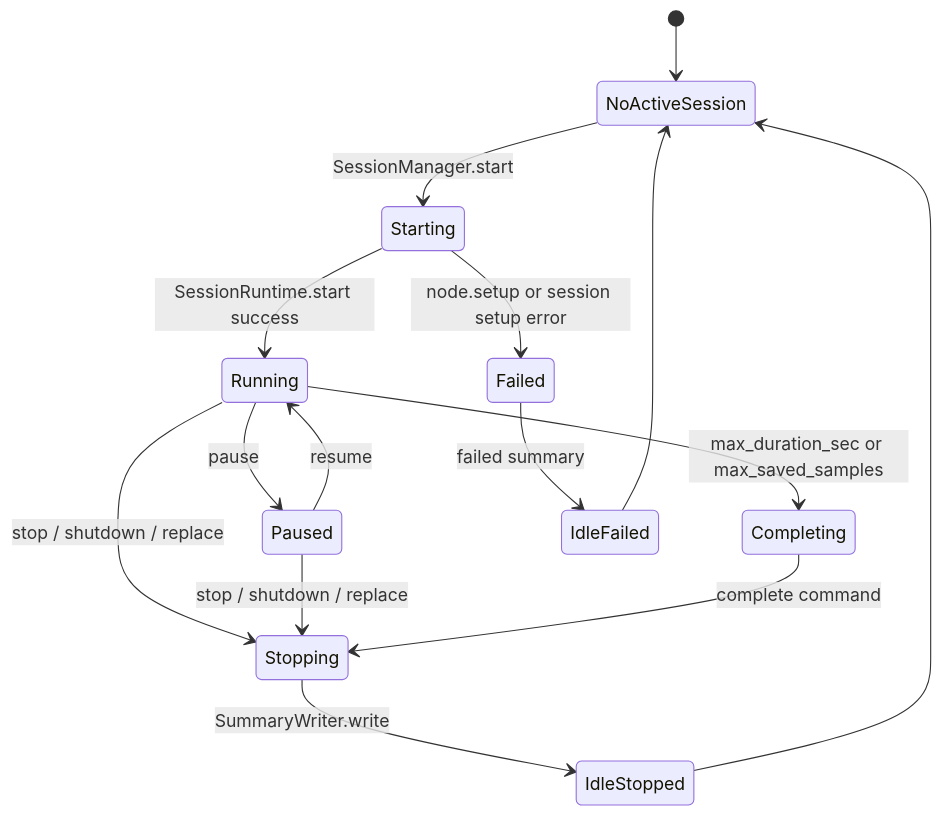
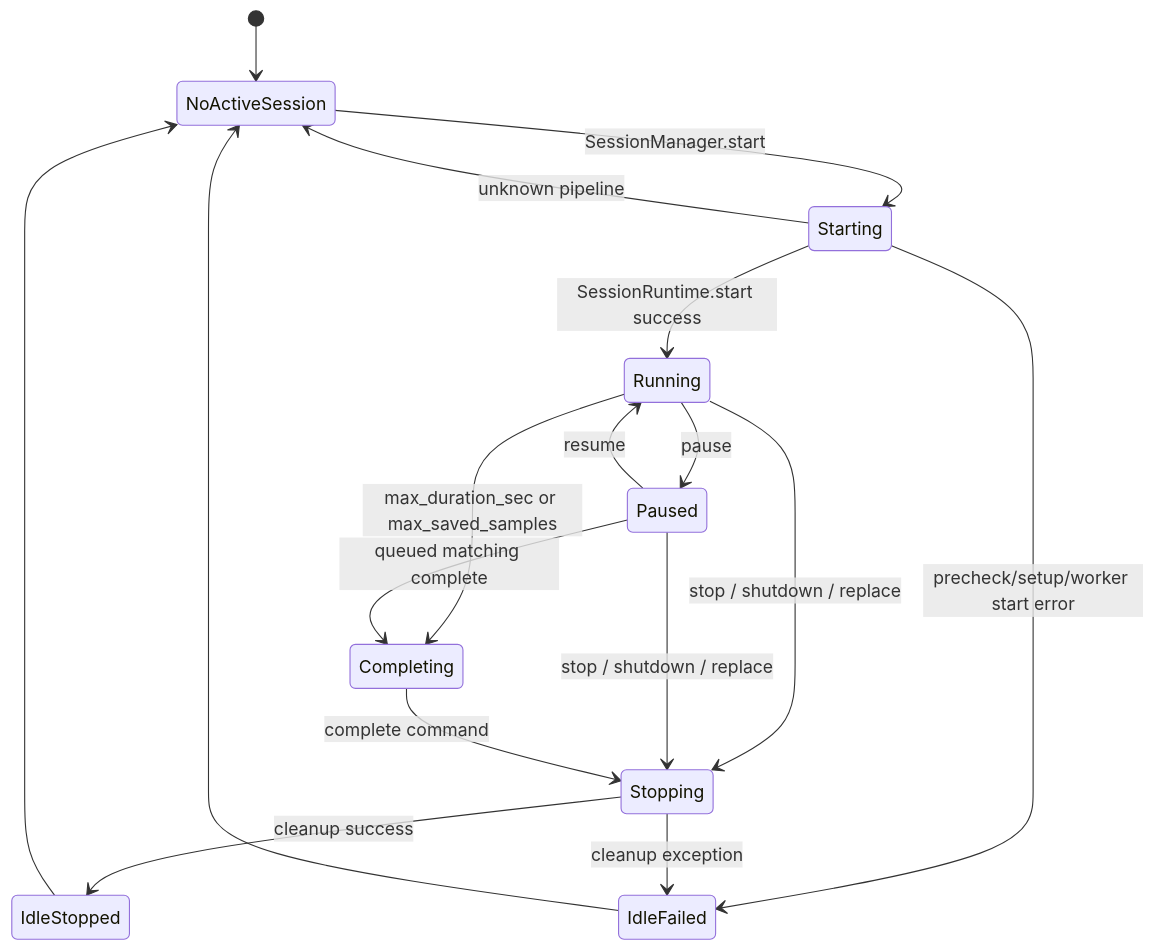
The seventh of 7 diagrams in docs/architecture.md (permanentchange/DataCollectDAG), drawn with Mermaid before and after one commit. The commit also changed other lines of this file and 8 other files, not shown here.

````diff
--- a/docs/architecture.md
+++ b/docs/architecture.md
@@ -635,17 +635,19 @@
 ```mermaid
 stateDiagram-v2
   [*] --> NoActiveSession
   NoActiveSession --> Starting: SessionManager.start
   Starting --> Running: SessionRuntime.start success
-  Starting --> Failed: node.setup or session setup error
+  Starting --> IdleFailed: precheck/setup/worker start error
+  Starting --> NoActiveSession: unknown pipeline
   Running --> Paused: pause
   Paused --> Running: resume
   Running --> Stopping: stop / shutdown / replace
   Paused --> Stopping: stop / shutdown / replace
   Running --> Completing: max_duration_sec or max_saved_samples
+  Paused --> Completing: queued matching complete
   Completing --> Stopping: complete command
-  Stopping --> IdleStopped: SummaryWriter.write
-  Failed --> IdleFailed: failed summary
+  Stopping --> IdleStopped: cleanup success
+  Stopping --> IdleFailed: cleanup exception
   IdleStopped --> NoActiveSession
   IdleFailed --> NoActiveSession
 ```
````
